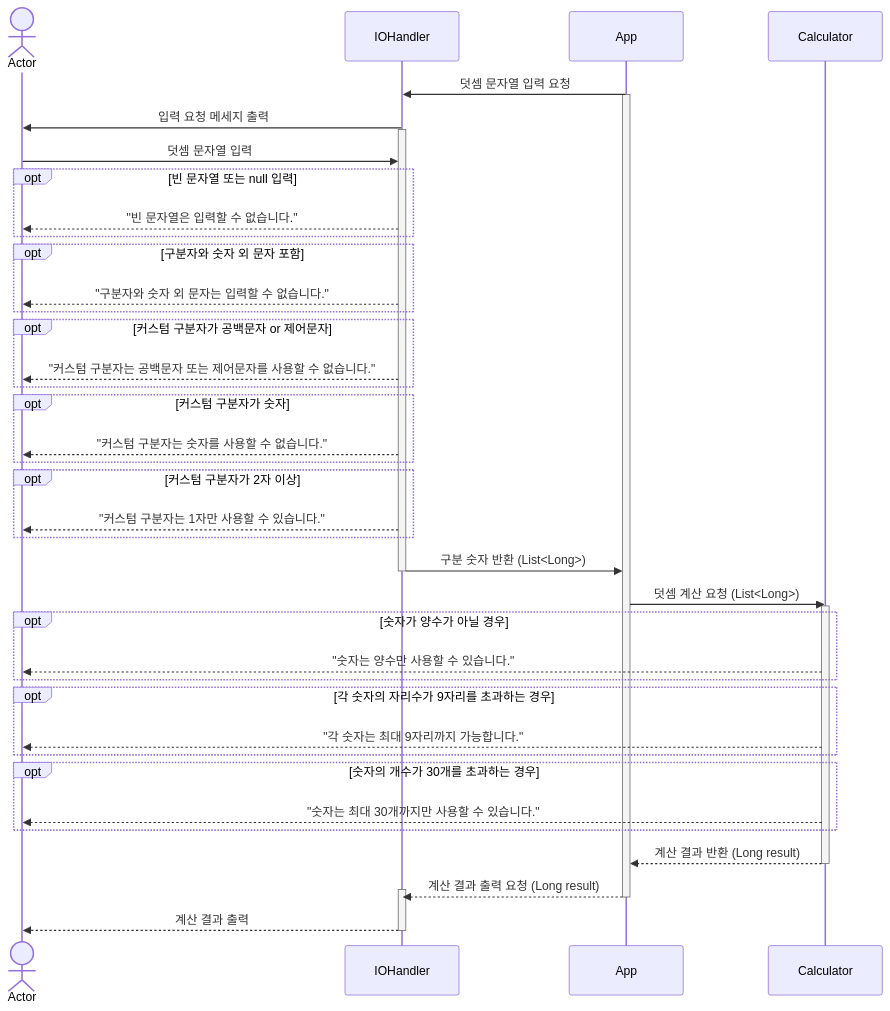
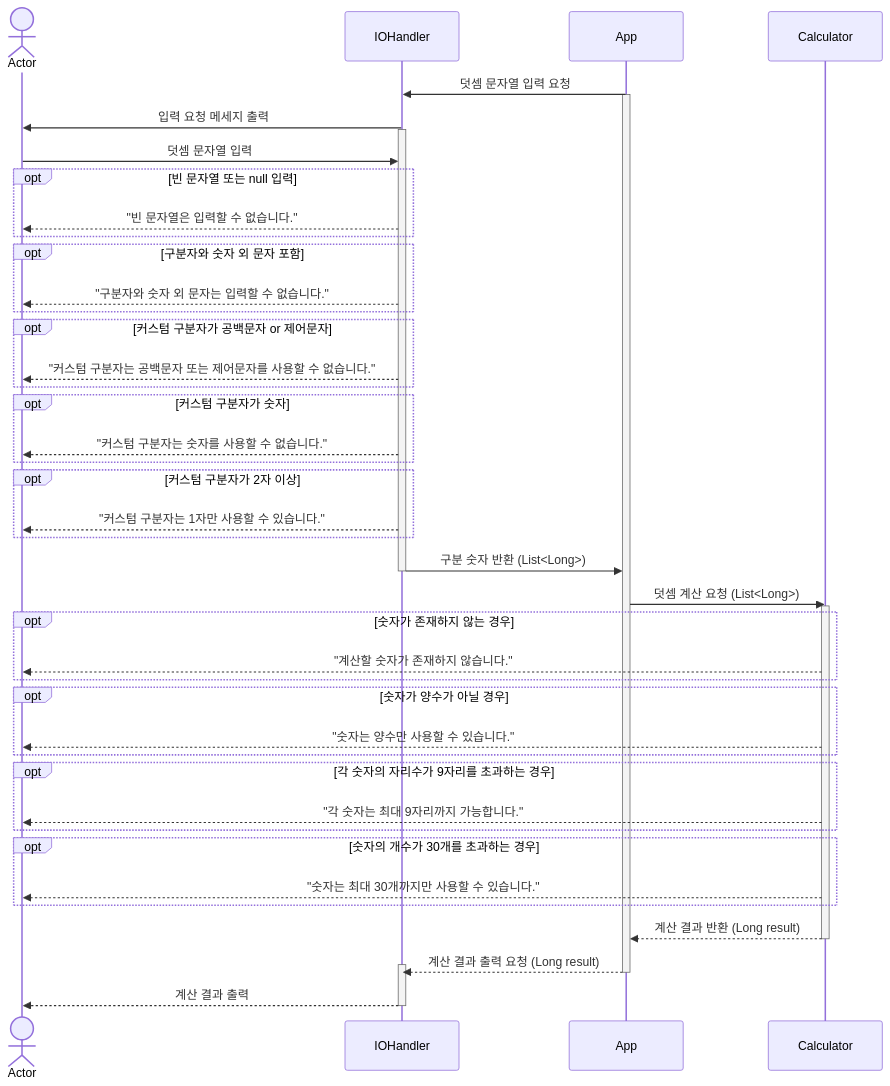
One commit to hgh1472/java-calculator-8 changed the first of 2 diagrams in README.md. Above: the diagram before and after it, drawn with Mermaid. The commit also changed 2 other files, not shown here.

Commit message:
feat: 숫자 덧셈 기능 추가

````diff
--- a/README.md
+++ b/README.md
@@ -113,47 +113,50 @@
 ```mermaid
 sequenceDiagram
     actor A as Actor
     participant IO as IOHandler
     participant app as App
     participant C as Calculator
     app ->> IO: 덧셈 문자열 입력 요청
     activate app
     IO ->> A: 입력 요청 메세지 출력
     activate IO
     A ->> IO: 덧셈 문자열 입력
     opt 빈 문자열 또는 null 입력
         IO -->> A: "빈 문자열은 입력할 수 없습니다."
     end
     opt 구분자와 숫자 외 문자 포함
         IO -->> A: "구분자와 숫자 외 문자는 입력할 수 없습니다."
     end
     opt 커스텀 구분자가 공백문자 or 제어문자
         IO -->> A: "커스텀 구분자는 공백문자 또는 제어문자를 사용할 수 없습니다."
     end
     opt 커스텀 구분자가 숫자
         IO -->> A: "커스텀 구분자는 숫자를 사용할 수 없습니다."
     end
     opt 커스텀 구분자가 2자 이상
         IO -->> A: "커스텀 구분자는 1자만 사용할 수 있습니다."
     end
     IO ->> app: 구분 숫자 반환 (List<Long>)
     deactivate IO
     app ->> C: 덧셈 계산 요청 (List<Long>)
     activate C
+    opt 숫자가 존재하지 않는 경우
+        C -->> A: "계산할 숫자가 존재하지 않습니다."
+    end
     opt 숫자가 양수가 아닐 경우
         C -->> A: "숫자는 양수만 사용할 수 있습니다."
     end
     opt 각 숫자의 자리수가 9자리를 초과하는 경우
         C -->> A: "각 숫자는 최대 9자리까지 가능합니다."
     end
     opt 숫자의 개수가 30개를 초과하는 경우
         C -->> A: "숫자는 최대 30개까지만 사용할 수 있습니다."
     end
     C -->> app: 계산 결과 반환 (Long result)
     deactivate C
     app -->> IO: 계산 결과 출력 요청 (Long result)
     activate IO
     deactivate app
     IO -->> A: 계산 결과 출력
     deactivate IO
 ```
````
